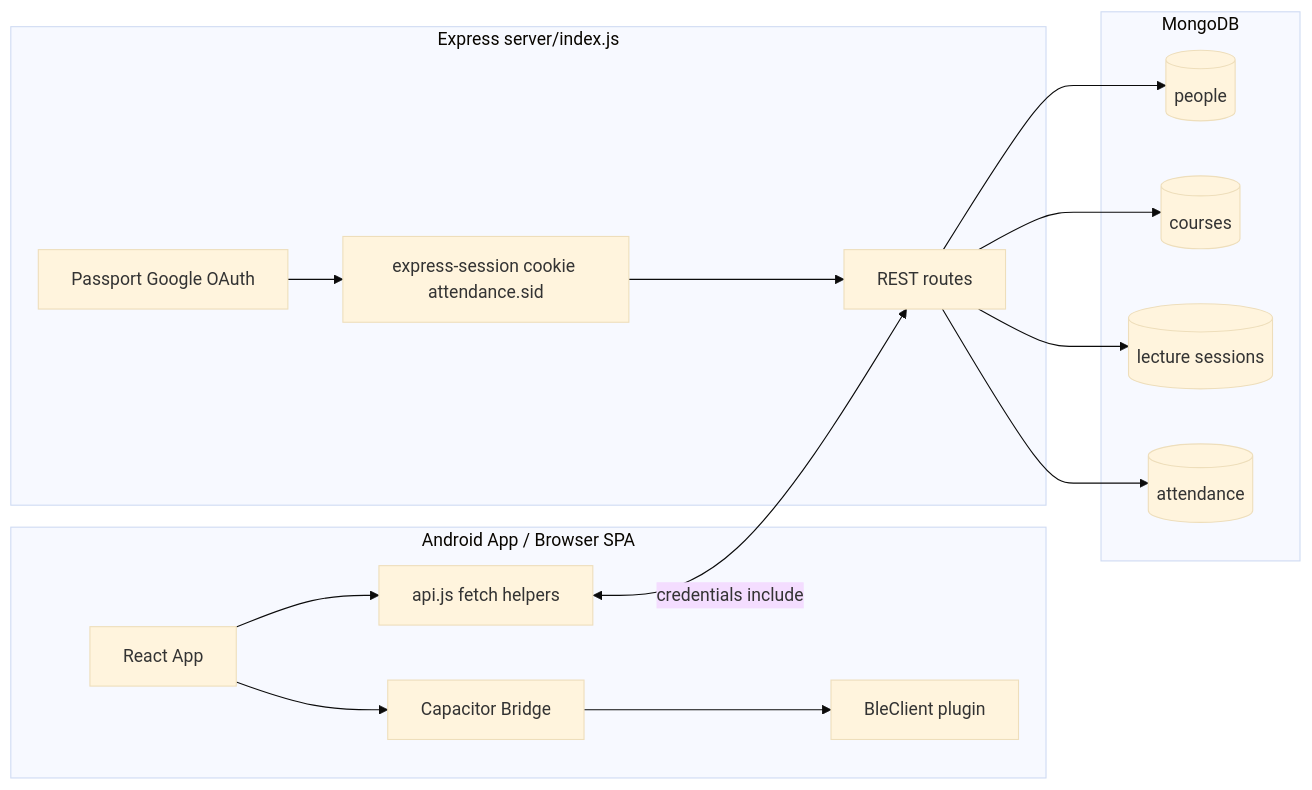
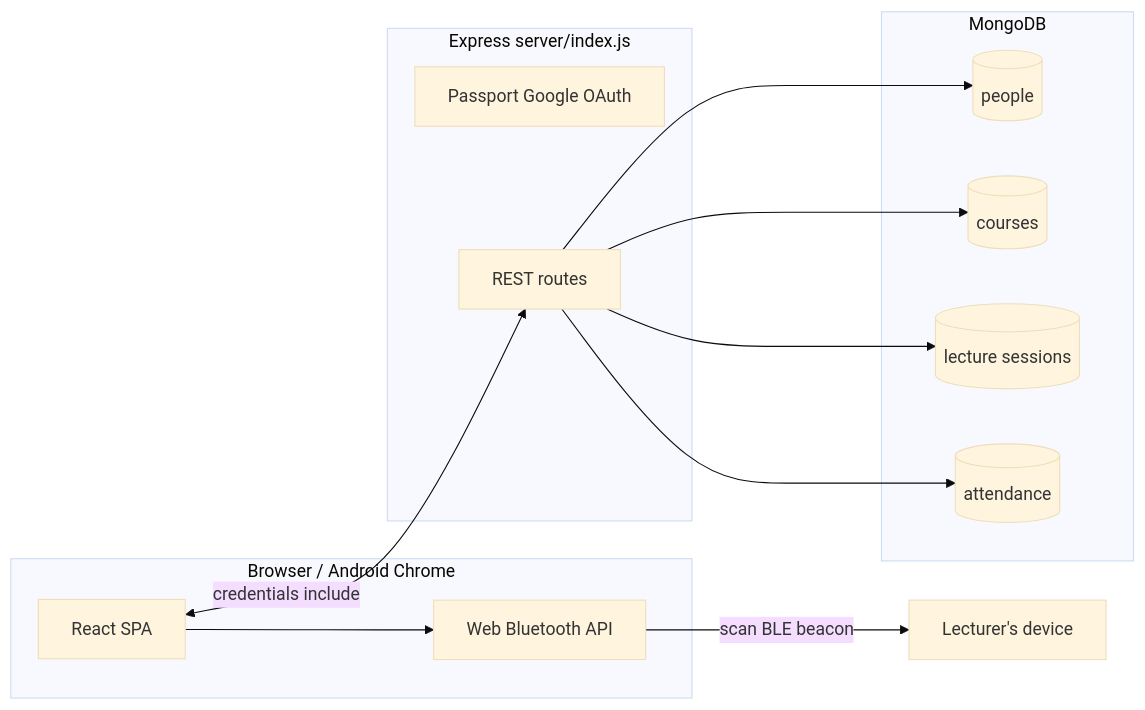
Before and after one commit to udayaKavinda/uop-attendance-management-system: the diagram in README.md, drawn with Mermaid (base theme). The commit also changed other lines of this file, not shown here.

Commit message:
docs: rewrite README for feature/bluetooth — web-only, no Android/Capacitor

````diff
--- a/README.md
+++ b/README.md
@@ -46,29 +46,21 @@
 ```mermaid
 flowchart LR
-  subgraph app [Android App / Browser SPA]
-    UI[React App]
-    Cap[Capacitor Bridge]
-    BLE[BleClient plugin]
-    ApiClient[api.js fetch helpers]
-    UI --> ApiClient
-    UI --> Cap --> BLE
+  subgraph browser [Browser / Android Chrome]
+    UI[React SPA]
+    WebBT[Web Bluetooth API]
+    UI --> WebBT
   end
   subgraph server [Express server/index.js]
     Auth[Passport Google OAuth]
-    Sess[express-session cookie attendance.sid]
     Routes[REST routes]
-    Auth --> Sess
-    Sess --> Routes
   end
   subgraph data [MongoDB]
     Person[(people)]
     Course[(courses)]
     Session[(lecture sessions)]
     Attendance[(attendance)]
   end
-  ApiClient <-->|credentials include| Routes
-  Routes --> Person
-  Routes --> Course
-  Routes --> Session
-  Routes --> Attendance
+  UI <-->|credentials include| Routes
+  WebBT -->|scan BLE beacon| Beacon[Lecturer's device]
+  Routes --> Person & Course & Session & Attendance
 ```
````
